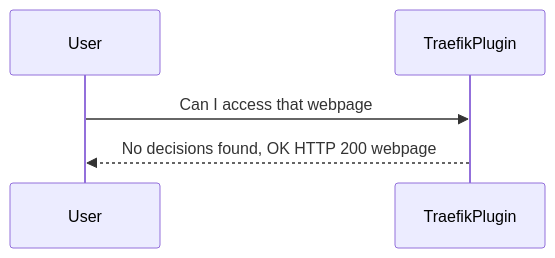
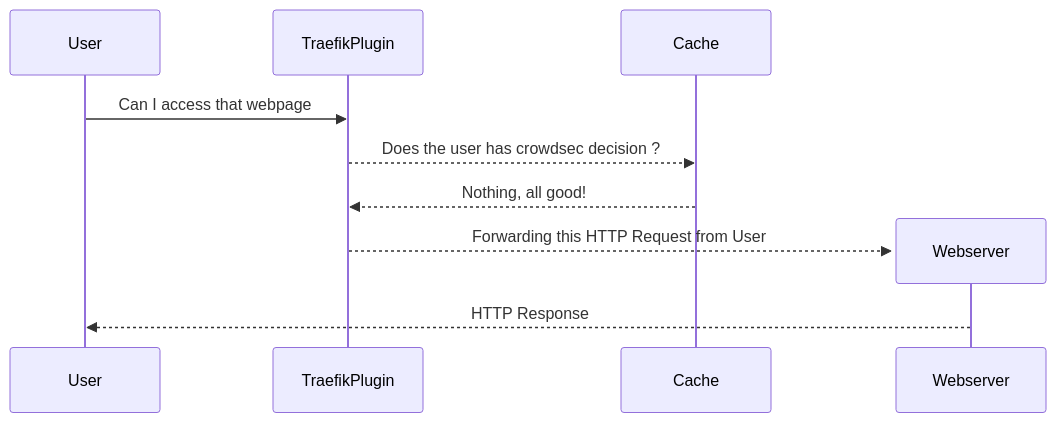
The first of 3 diagrams in examples/captcha/README.md (maxlerebourg/crowdsec-bouncer-traefik-plugin), drawn with Mermaid before and after one commit.

Commit message:
📝 Update first diagram

````diff
--- a/examples/captcha/README.md
+++ b/examples/captcha/README.md
@@ -96,7 +96,12 @@
 ```mermaid
 sequenceDiagram
     participant User
     participant TraefikPlugin
+    participant Cache
     User->>TraefikPlugin: Can I access that webpage
-    TraefikPlugin-->>User: No decisions found, OK HTTP 200 webpage
+    TraefikPlugin-->>Cache: Does the user has crowdsec decision ?
+    Cache-->>TraefikPlugin: Nothing, all good!
+    create participant Webserver
+    TraefikPlugin-->>Webserver: Forwarding this HTTP Request from User
+    Webserver-->>User: HTTP Response
 ```
````
